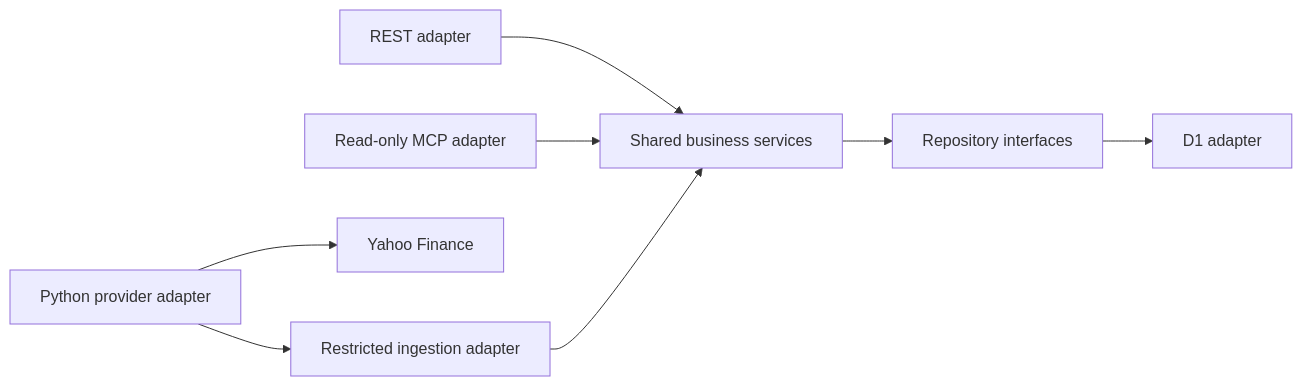
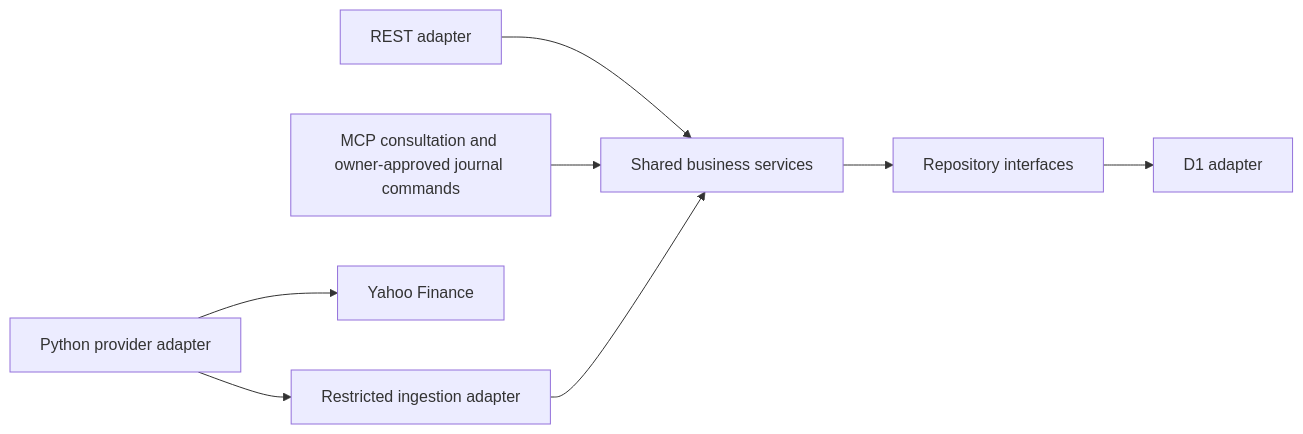
Before and after one commit to damienSavoldelli/pea-tracker: the diagram in aidd_docs/memory/architecture.md, drawn with Mermaid. The commit also changed other lines of this file and 11 other files, not shown here.

````diff
--- a/aidd_docs/memory/architecture.md
+++ b/aidd_docs/memory/architecture.md
@@ -80,10 +70,10 @@
 ```mermaid
 flowchart LR
     REST[REST adapter] --> Services[Shared business services]
-    MCP[Read-only MCP adapter] --> Services
+    MCP[MCP consultation and owner-approved journal commands] --> Services
     Services --> Ports[Repository interfaces]
     Ports --> D1[D1 adapter]
     Python[Python provider adapter] --> Provider[Yahoo Finance]
     Python --> Ingest[Restricted ingestion adapter]
     Ingest --> Services
 ```
````
